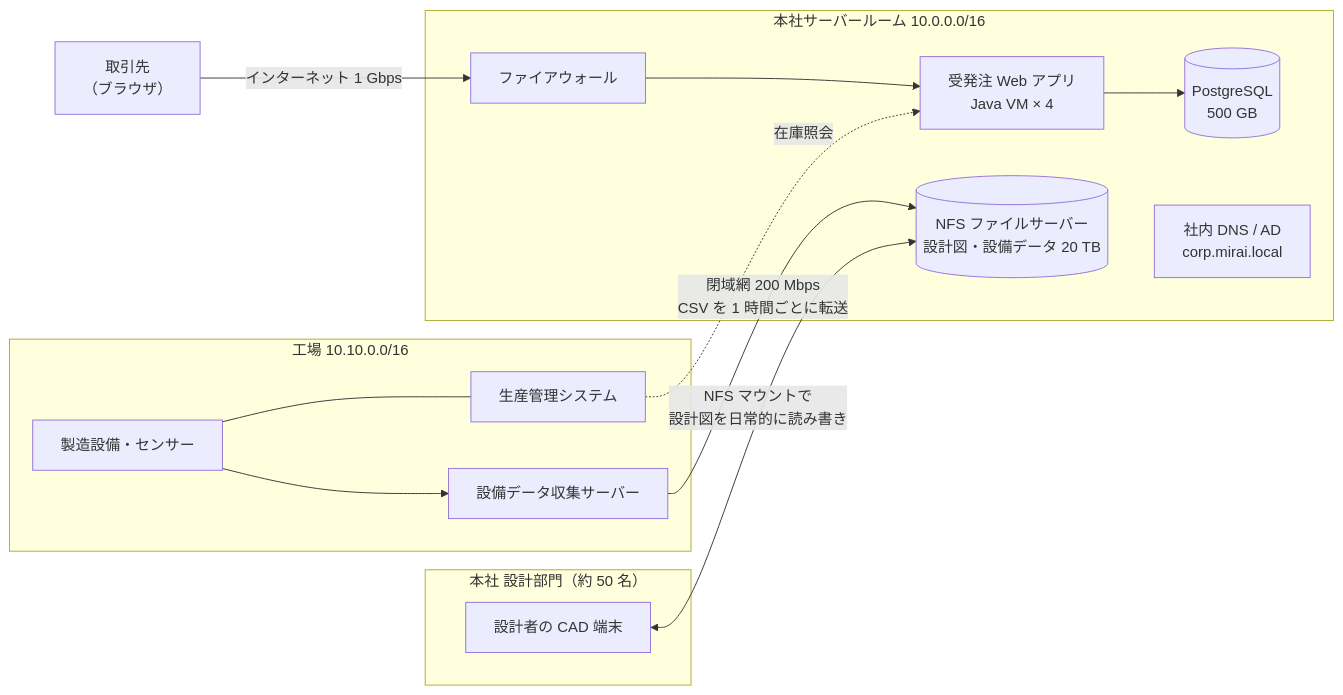
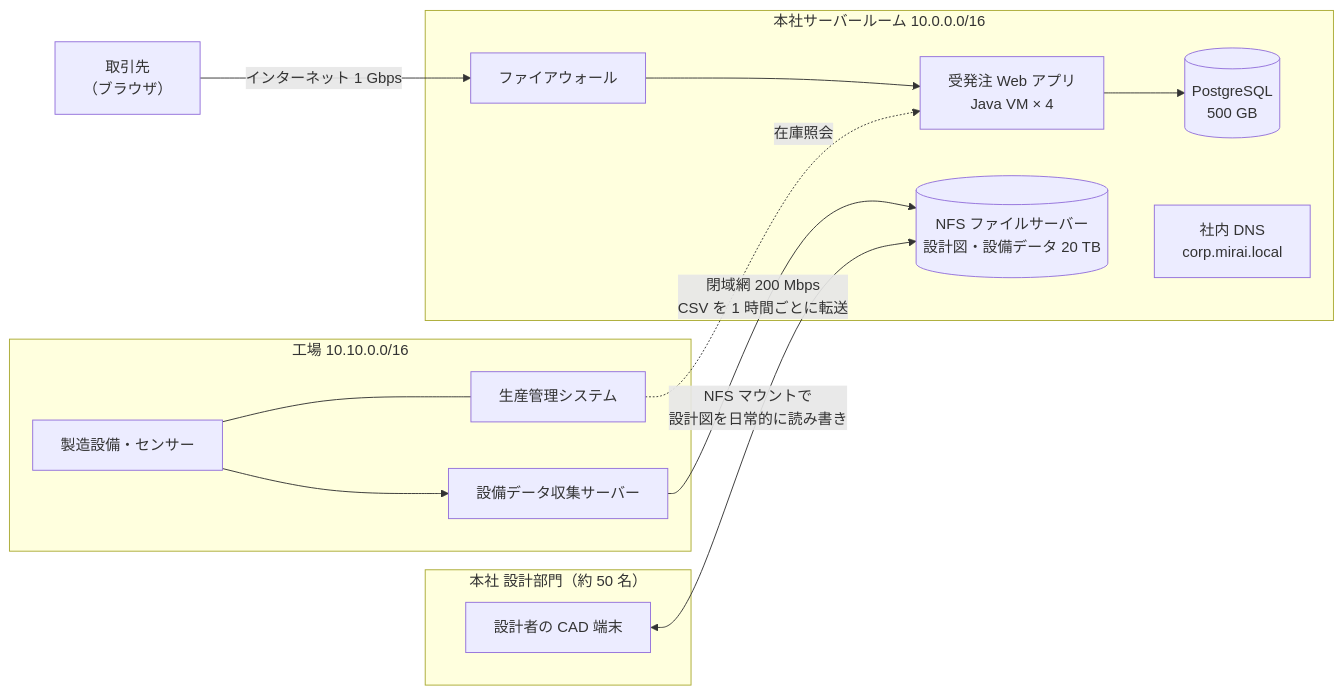
One commit to tetsuo-nobe/advarch_on_aws changed the diagram in capstone/README.md. Above: the diagram before and after it, drawn with Mermaid. The commit also changed other lines of this file and 1 other file, not shown here.

````diff
--- a/capstone/README.md
+++ b/capstone/README.md
@@ -29,29 +29,29 @@
 ```mermaid
 flowchart LR
     PARTNER["取引先<br/>（ブラウザ）"]
 
     subgraph HQ["本社サーバールーム 10.0.0.0/16"]
         FW["ファイアウォール"]
         WEB["受発注 Web アプリ<br/>Java VM × 4"]
         DB[("PostgreSQL<br/>500 GB")]
         NFS[("NFS ファイルサーバー<br/>設計図・設備データ 20 TB")]
-        DNS["社内 DNS / AD<br/>corp.mirai.local"]
+        DNS["社内 DNS<br/>corp.mirai.local"]
     end
 
     subgraph DESIGN["本社 設計部門（約 50 名）"]
         CAD["設計者の CAD 端末"]
     end
 
     subgraph FAC["工場 10.10.0.0/16"]
         MES["生産管理システム"]
         GW["設備データ収集サーバー"]
         PLC["製造設備・センサー"]
     end
 
     PARTNER -->|"インターネット 1 Gbps"| FW --> WEB --> DB
     PLC --- MES
     PLC --> GW
     GW -->|"閉域網 200 Mbps<br/>CSV を 1 時間ごとに転送"| NFS
     MES -.->|"在庫照会"| WEB
     CAD <-->|"NFS マウントで<br/>設計図を日常的に読み書き"| NFS
 ```
````
